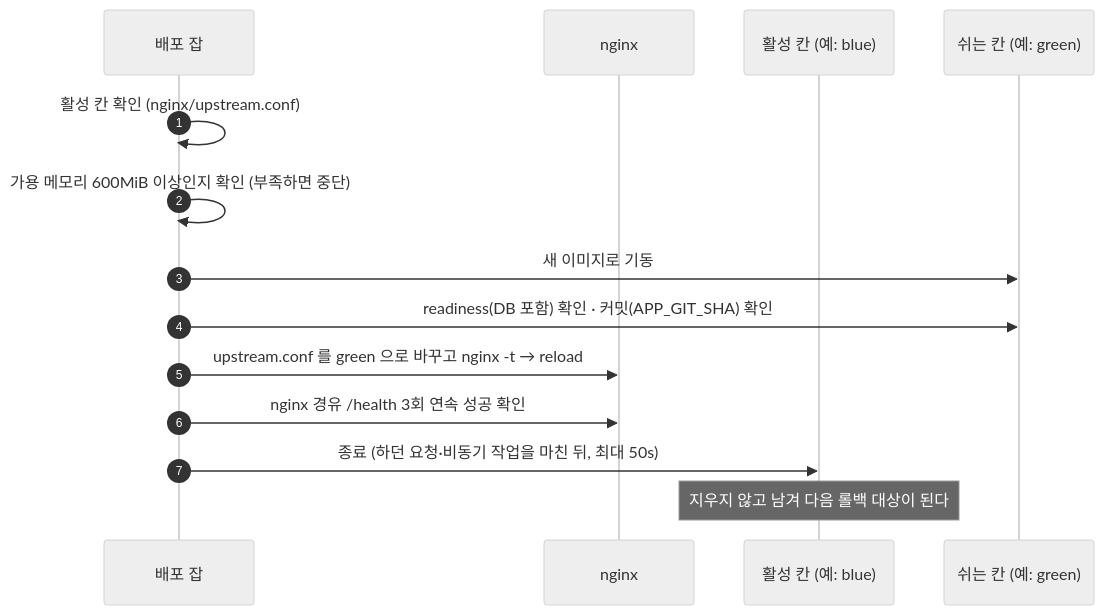
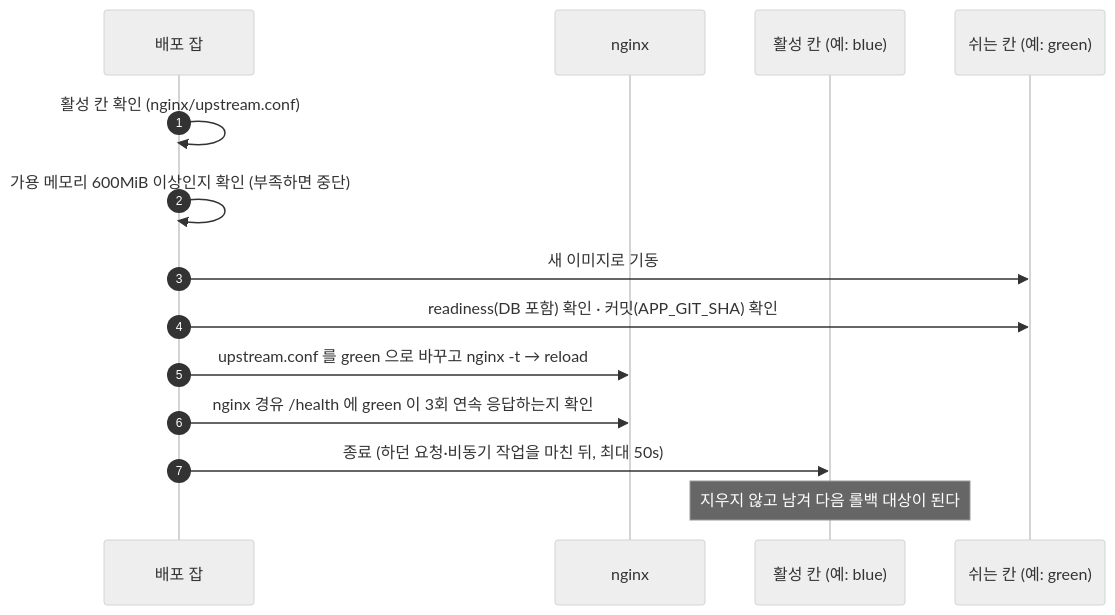
One commit to woowacourse-teams/2026-sssOK changed the second of 3 diagrams in docs/deployment/DEPLOYMENT.md. Above: the diagram before and after it, drawn with Mermaid (neutral theme). The commit also changed other lines of this file and 2 other files, not shown here.

````diff
--- a/docs/deployment/DEPLOYMENT.md
+++ b/docs/deployment/DEPLOYMENT.md
@@ -367,16 +367,16 @@
 ```mermaid
 sequenceDiagram
     autonumber
     participant CI as 배포 잡
     participant N as nginx
     participant Old as 활성 칸 (예: blue)
     participant New as 쉬는 칸 (예: green)
     CI->>CI: 활성 칸 확인 (nginx/upstream.conf)
     CI->>CI: 가용 메모리 600MiB 이상인지 확인 (부족하면 중단)
     CI->>New: 새 이미지로 기동
     CI->>New: readiness(DB 포함) 확인 · 커밋(APP_GIT_SHA) 확인
     CI->>N: upstream.conf 를 green 으로 바꾸고 nginx -t → reload
-    CI->>N: nginx 경유 /health 3회 연속 성공 확인
+    CI->>N: nginx 경유 /health 에 green 이 3회 연속 응답하는지 확인
     CI->>Old: 종료 (하던 요청·비동기 작업을 마친 뒤, 최대 50s)
     Note over Old: 지우지 않고 남겨 다음 롤백 대상이 된다
 ```
````
